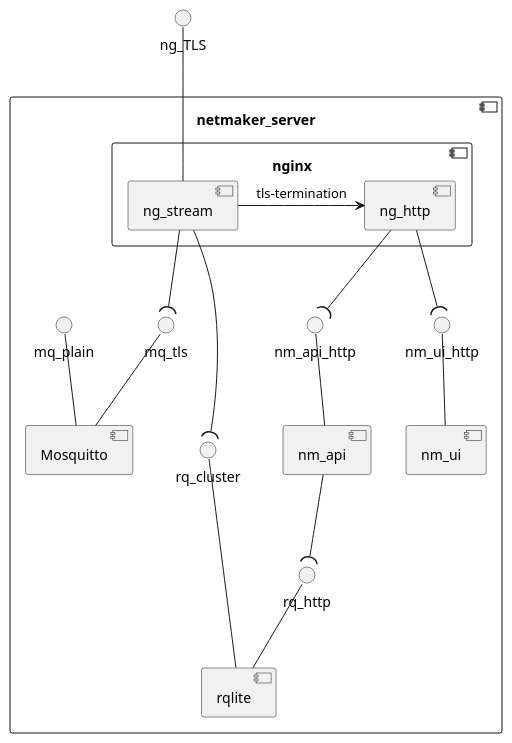
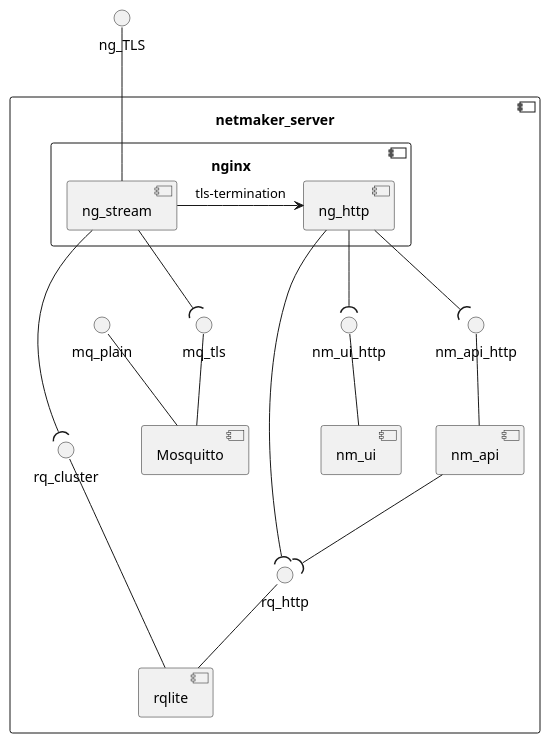
Before and after one commit to Ruakij/Ansible-roles: the diagram in netmaker_server/files/opt/netmaker_server/docs/architecture.puml, drawn with PlantUML.

Commit message:
Fix architecture-diagram

```diff
--- a/netmaker_server/files/opt/netmaker_server/docs/architecture.puml
+++ b/netmaker_server/files/opt/netmaker_server/docs/architecture.puml
@@ -1,33 +1,34 @@
 @startuml
 
 component netmaker_server {
   component nginx {
     component ng_stream
     component ng_http
 
     ng_stream -right-> ng_http : tls-termination
   }
 
   component Mosquitto
   Mosquitto -up- mq_plain
   Mosquitto -up- mq_tls
 
   ng_stream -down-( mq_tls
 
   component rqlite
   rqlite -up- rq_http
   rqlite -up- rq_cluster
   ng_stream --down-( rq_cluster
+  ng_http --down-( rq_http
 
   component nm_ui
   nm_ui -up- nm_ui_http
   ng_http -down-( nm_ui_http
 
   component nm_api
   nm_api -up- nm_api_http
   ng_http -down-( nm_api_http
   nm_api --( rq_http
 }
 ng_TLS -down- ng_stream
 
 @enduml
```
